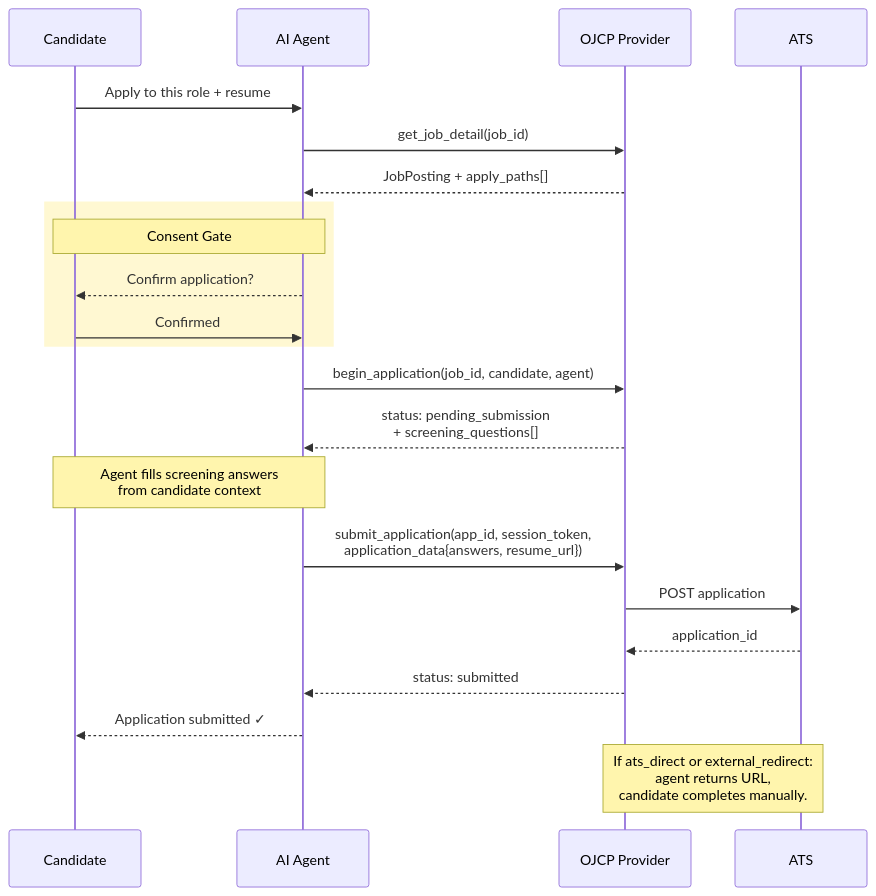
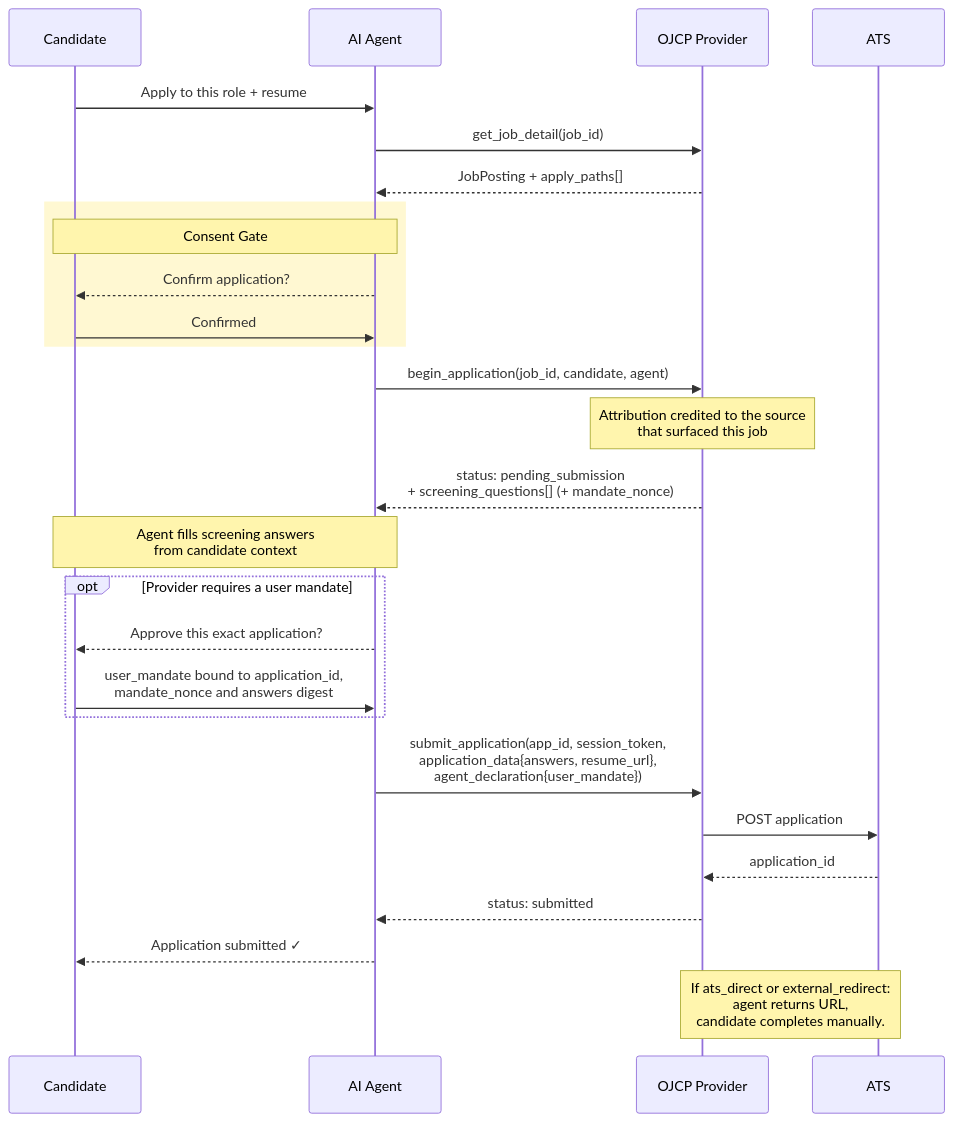
One commit to ojcp-org/ojcp changed the diagram in diagrams/apply-flow.mmd. Above: the diagram before and after it, drawn with Mermaid. The commit also changed 7 other files, not shown here.

First line of the commit message:
Versioned spec site and 0.3 diagrams

```diff
--- a/diagrams/apply-flow.mmd
+++ b/diagrams/apply-flow.mmd
@@ -1,31 +1,37 @@
 sequenceDiagram
     participant C as Candidate
     participant A as AI Agent
     participant P as OJCP Provider
     participant ATS as ATS
 
     C->>A: Apply to this role + resume
 
     A->>P: get_job_detail(job_id)
     P-->>A: JobPosting + apply_paths[]
 
     rect rgb(255, 248, 210)
         Note over C,A: Consent Gate
         A-->>C: Confirm application?
         C->>A: Confirmed
     end
 
     A->>P: begin_application(job_id, candidate, agent)
-    P-->>A: status: pending_submission<br/>+ screening_questions[]
+    Note over P: Attribution credited to the source<br/>that surfaced this job
+    P-->>A: status: pending_submission<br/>+ screening_questions[] (+ mandate_nonce)
 
     Note over A,C: Agent fills screening answers<br/>from candidate context
 
-    A->>P: submit_application(app_id, session_token,<br/>application_data{answers, resume_url})
+    opt Provider requires a user mandate
+        A-->>C: Approve this exact application?
+        C->>A: user_mandate bound to application_id,<br/>mandate_nonce and answers digest
+    end
+
+    A->>P: submit_application(app_id, session_token,<br/>application_data{answers, resume_url},<br/>agent_declaration{user_mandate})
 
     P->>ATS: POST application
     ATS-->>P: application_id
 
     P-->>A: status: submitted
     A-->>C: Application submitted ✓
 
     Note over P,ATS: If ats_direct or external_redirect:<br/>agent returns URL,<br/>candidate completes manually.
```
